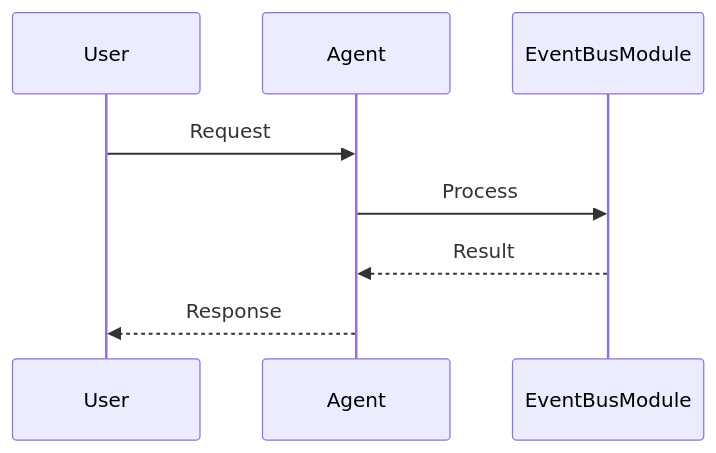
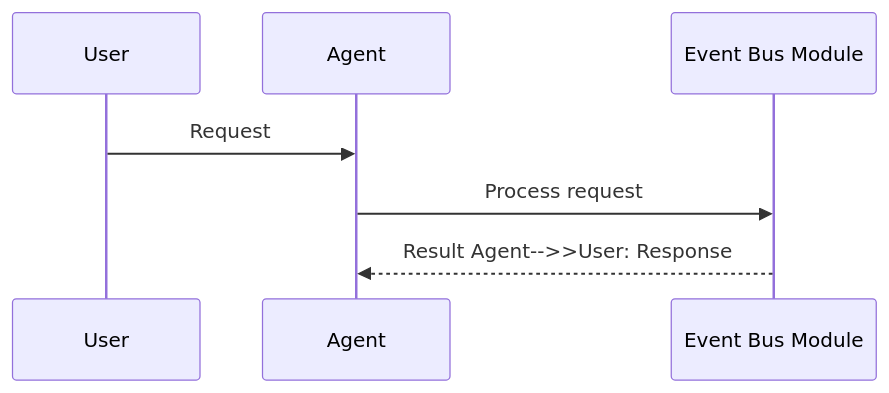
One commit to MervinPraison/PraisonAIDocs changed the second of 2 diagrams in docs/features/event-bus.mdx. Above: the diagram before and after it, drawn with Mermaid. The commit also changed 204 other files, not shown here.

First line of the commit message:
docs: align feature/tool pages with AGENTS.md hero + sequence + import standards (fixes #1775)

````diff
--- a/docs/features/event-bus.mdx
+++ b/docs/features/event-bus.mdx
@@ -49,11 +49,10 @@
 ```mermaid
 sequenceDiagram
     participant User
     participant Agent
-    participant EventBusModule
+    participant Feature as Event Bus Module
 
     User->>Agent: Request
-    Agent->>EventBusModule: Process
-    EventBusModule-->>Agent: Result
-    Agent-->>User: Response
+    Agent->>Feature: Process request
+    Feature-->>Agent: Result    Agent-->>User: Response
 ```
````
